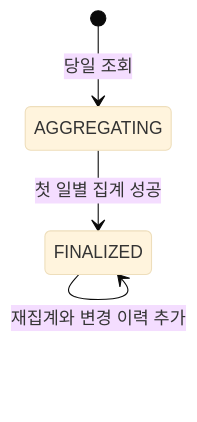
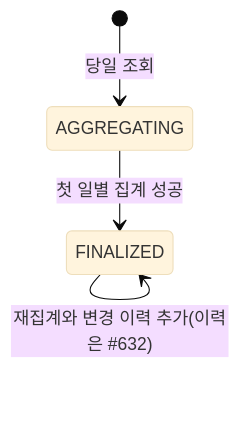
Before and after one commit to lunch-catch/lc-backend: the second of 4 diagrams in docs/design/analytics/analytics_구조와_동작_설계.md, drawn with Mermaid (base theme). The commit also changed other lines of this file and 5 other files, not shown here.

````diff
--- a/docs/design/analytics/analytics_구조와_동작_설계.md
+++ b/docs/design/analytics/analytics_구조와_동작_설계.md
@@ -141,6 +141,6 @@
 ```mermaid
 stateDiagram-v2
     [*] --> AGGREGATING: 당일 조회
     AGGREGATING --> FINALIZED: 첫 일별 집계 성공
-    FINALIZED --> FINALIZED: 재집계와 변경 이력 추가
+    FINALIZED --> FINALIZED: 재집계와 변경 이력 추가(이력은 #632)
 ```
````
